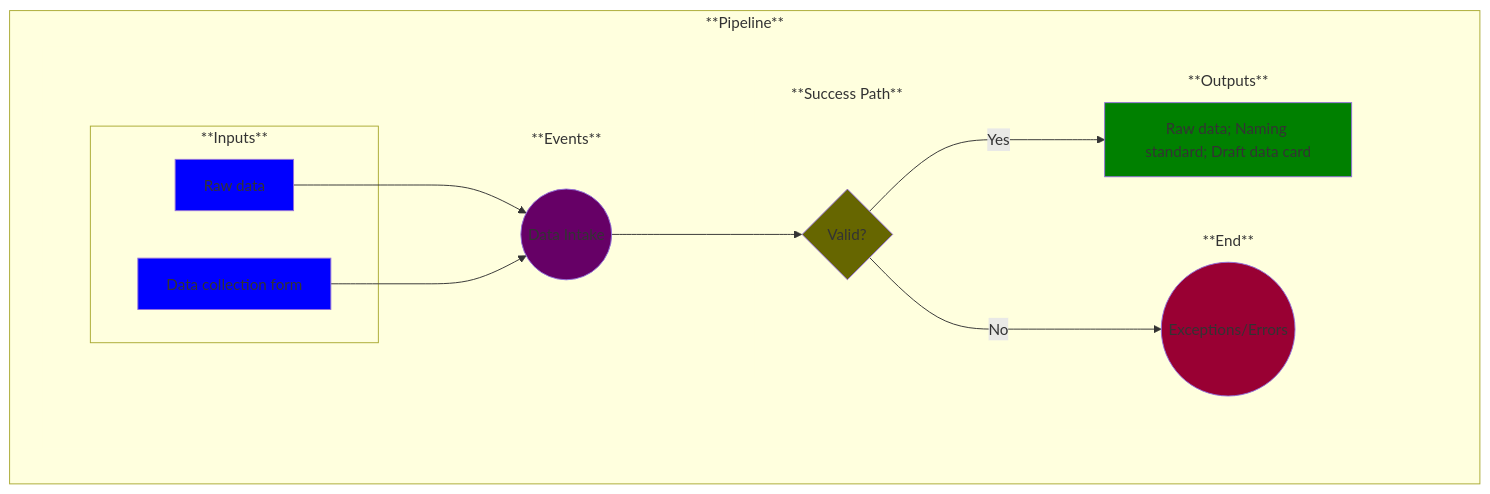
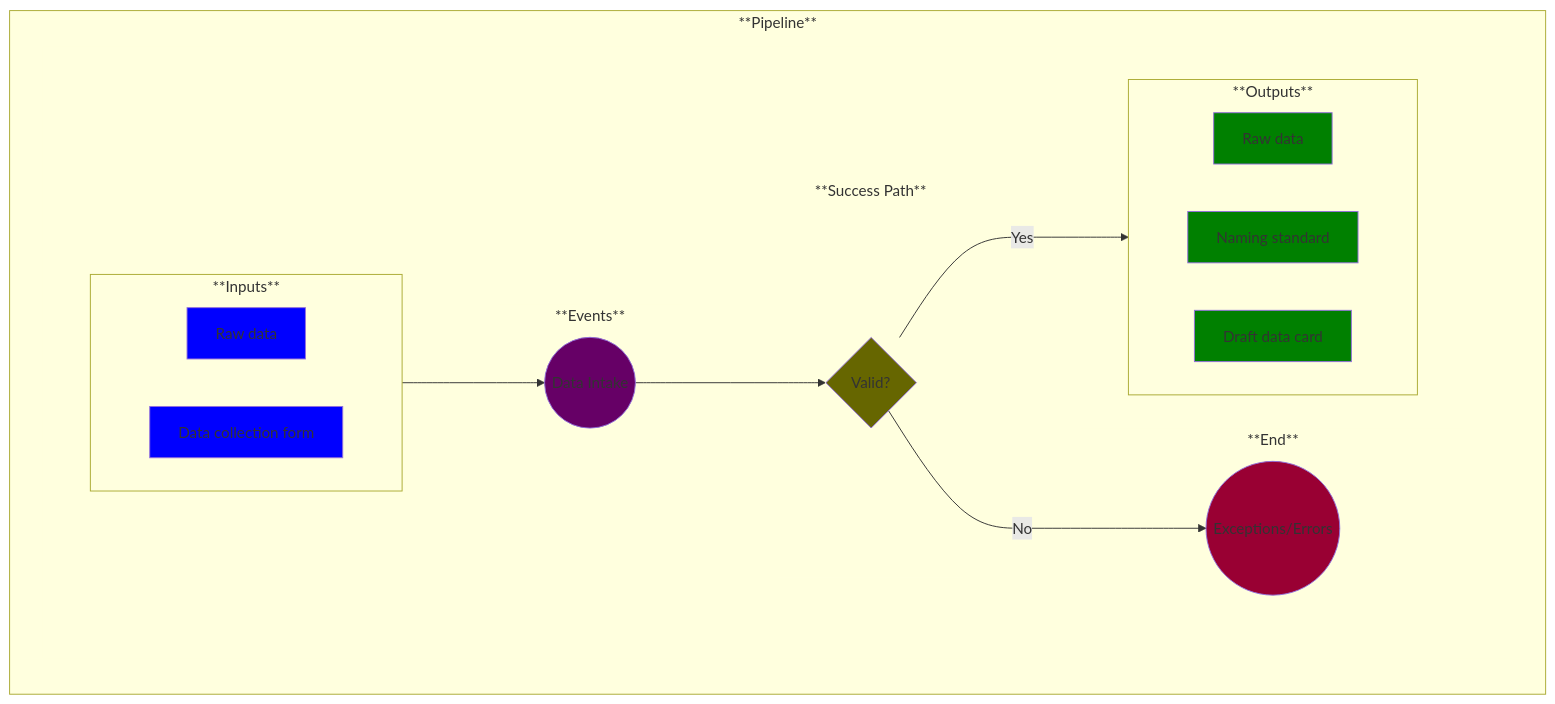
The diagram in use-cases/1-data-intake.md (MLOps-OpenAPI/arch-diagrams), drawn with Mermaid before and after one commit. The commit also changed other lines of this file and 20 other files, not shown here.

Commit message:
Switched arrows to groups rather than individual inputs/outputs

````diff
--- a/use-cases/1-data-intake.md
+++ b/use-cases/1-data-intake.md
@@ -18,71 +18,74 @@
 ```mermaid
 
 %% Creating a left-to-right flowchart
 %% Learn the syntax here: https://mermaid.js.org/syntax/flowchart.html
 %% Note: flowchart and graph are the same in Mermaid
 graph LR;
 
     %% Define the common flow items:
     subgraph Pipeline ["**Pipeline**"]
         
         %% Add an empty node to overcome some formatting issues
         subgraph invisibleSpace["<br/>"]
 
             %% Add the rest of the nodes
             subgraph Inputs ["**Inputs**"]
                 A1
-            end            
-            subgraph Inputs ["**Inputs**"]
                 A2
             end
             subgraph Events ["**Events**"]
                 B
             end
             subgraph Success ["**Success Path**"]
                 C
             end
             subgraph End ["**End**"]
                 D
             end
             subgraph Outputs ["**Outputs**"]
-                E
+                E1
+                E2
+                E3
             end
         end
-        A1-->B
-        A2-->B
+        Inputs-->B
         B-->C
         %%C--> | test text | D
         C--> | No | D
-        C--> | Yes | E
+        C--> | Yes | Outputs
     end
 
     %% Now label and style the blocks
     %% Note: You could have done this above, but I find this to be cleaner and easier to manage
 
     A1[Raw data]
     style A1 fill:blue
 
     A2[Data collection form]
     style A2 fill:blue
 
     B((Data Intake))
     style B fill:#660066
 
     C{Valid?}
     style C fill:#666600
 
     D((Exceptions/Errors))
     style D fill:#990033
 
-    E[Raw data; Naming standard; Draft data card]
-    style E fill:green
+    E1[Raw data]
+    style E1 fill:green
+
+    E2[Naming standard]
+    style E2 fill:green
+
+    E3[Draft data card]
+    style E3 fill:green
 
     %% Remove unnecessary box outlines
     style invisibleSpace stroke-width:0
-    style Inputs stroke-width:0
     style Events stroke-width:0
     style Success stroke-width:0
-    style Outputs stroke-width:0
     style End stroke-width:0
 
 ```
````
